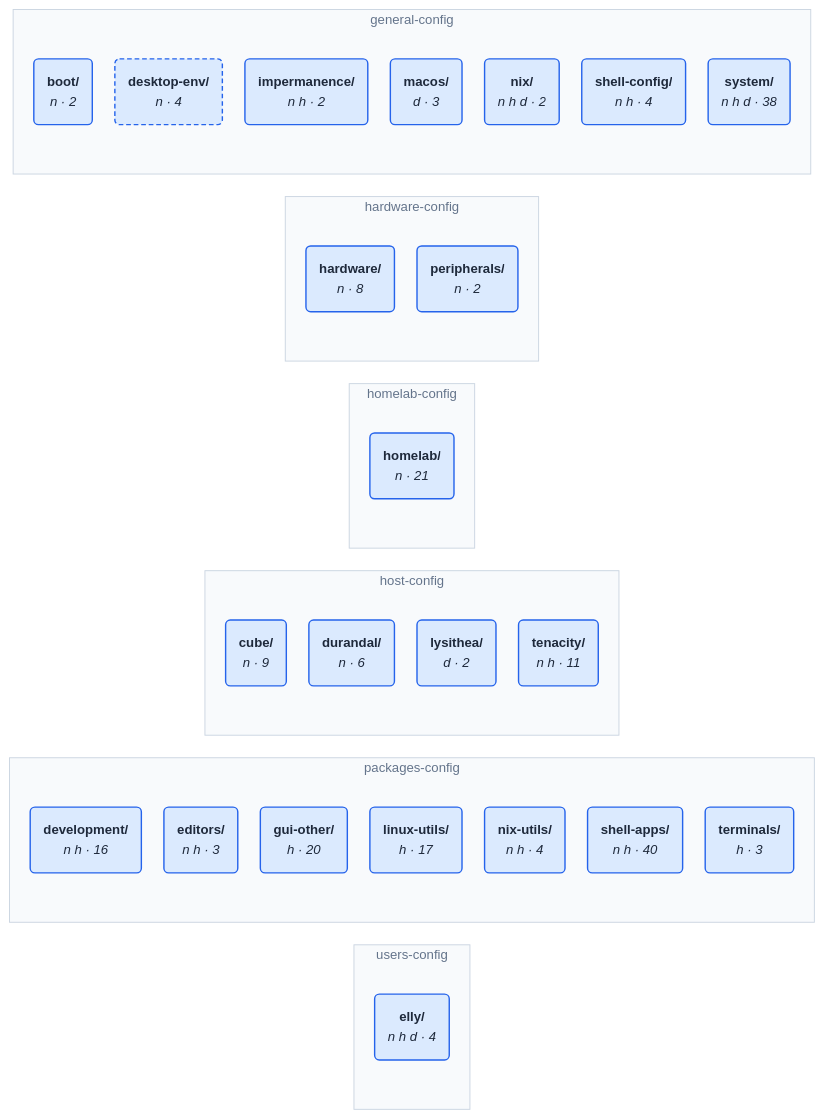
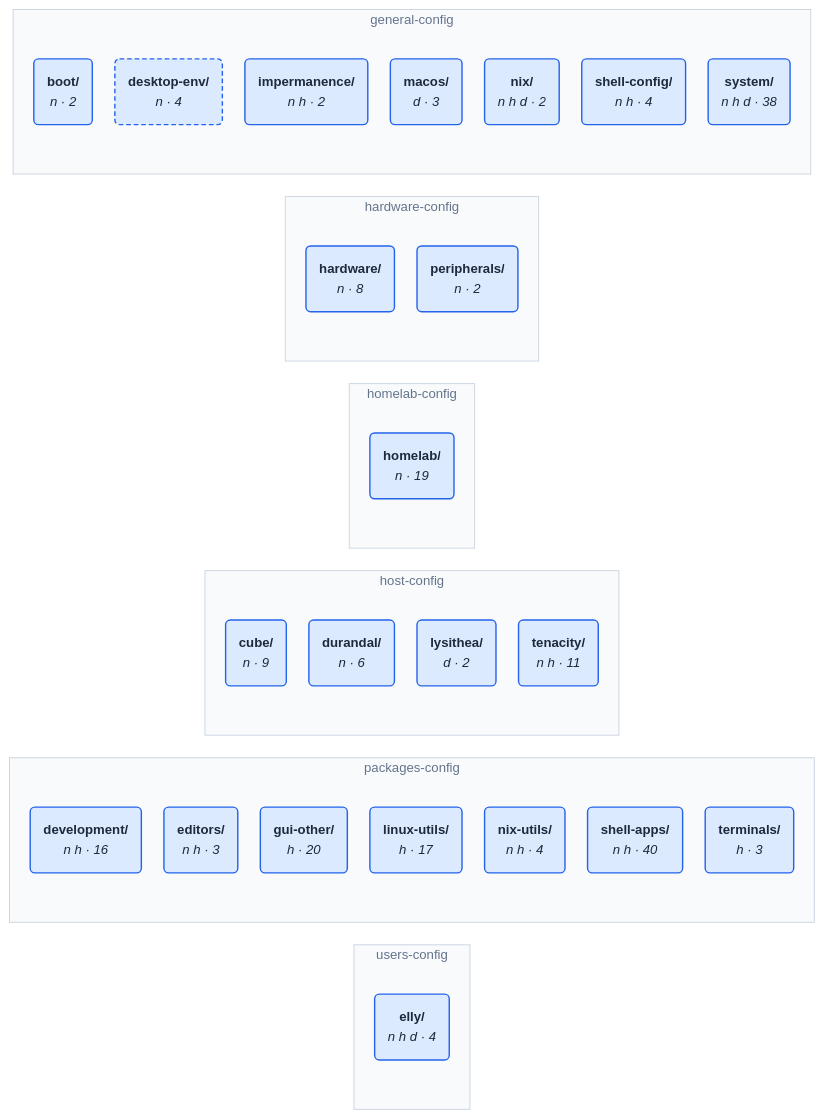
Before and after one commit to NireBryce/nixos-configs: the diagram in wiki/architecture.md, drawn with Mermaid. The commit also changed 21 other files, not shown here.

````diff
--- a/wiki/architecture.md
+++ b/wiki/architecture.md
@@ -98,54 +98,54 @@
 ```mermaid
 %%{init: {"theme": "base", "themeVariables": {"fontFamily": "ui-sans-serif, system-ui, sans-serif", "fontSize": "14px", "lineColor": "#94a3b8"}, "flowchart": {"curve": "basis", "nodeSpacing": 24, "rankSpacing": 80, "padding": 14}}}%%
 flowchart LR
     subgraph g0["users-config"]
         n27("<b>elly/</b><br/><i>n h d · 4</i>")
     end
     subgraph g1["packages-config"]
         n20("<b>development/</b><br/><i>n h · 16</i>")
         n21("<b>editors/</b><br/><i>n h · 3</i>")
         n22("<b>gui-other/</b><br/><i>h · 20</i>")
         n23("<b>linux-utils/</b><br/><i>h · 17</i>")
         n24("<b>nix-utils/</b><br/><i>n h · 4</i>")
         n25("<b>shell-apps/</b><br/><i>n h · 40</i>")
         n26("<b>terminals/</b><br/><i>h · 3</i>")
     end
     subgraph g2["host-config"]
         n16("<b>cube/</b><br/><i>n · 9</i>")
         n17("<b>durandal/</b><br/><i>n · 6</i>")
         n18("<b>lysithea/</b><br/><i>d · 2</i>")
         n19("<b>tenacity/</b><br/><i>n h · 11</i>")
     end
     subgraph g3["homelab-config"]
-        n15("<b>homelab/</b><br/><i>n · 21</i>")
+        n15("<b>homelab/</b><br/><i>n · 19</i>")
     end
     subgraph g4["hardware-config"]
         n13("<b>hardware/</b><br/><i>n · 8</i>")
         n14("<b>peripherals/</b><br/><i>n · 2</i>")
     end
     subgraph g5["general-config"]
         n6("<b>boot/</b><br/><i>n · 2</i>")
         n7("<b>desktop-env/</b><br/><i>n · 4</i>")
         n8("<b>impermanence/</b><br/><i>n h · 2</i>")
         n9("<b>macos/</b><br/><i>d · 3</i>")
         n10("<b>nix/</b><br/><i>n h d · 2</i>")
         n11("<b>shell-config/</b><br/><i>n h · 4</i>")
         n12("<b>system/</b><br/><i>n h d · 38</i>")
     end
     style g0 fill:#f8fafc,stroke:#cbd5e1,color:#64748b
     style g1 fill:#f8fafc,stroke:#cbd5e1,color:#64748b
     style g2 fill:#f8fafc,stroke:#cbd5e1,color:#64748b
     style g3 fill:#f8fafc,stroke:#cbd5e1,color:#64748b
     style g4 fill:#f8fafc,stroke:#cbd5e1,color:#64748b
     style g5 fill:#f8fafc,stroke:#cbd5e1,color:#64748b
     classDef area fill:#f8fafc,stroke:#cbd5e1,color:#1e293b,stroke-width:1.5px
     classDef category fill:#dbeafe,stroke:#2563eb,color:#1e293b,stroke-width:1.5px
     classDef folder fill:#f1f5f9,stroke:#94a3b8,color:#1e293b,stroke-width:1.5px
     classDef module fill:#ffffff,stroke:#94a3b8,color:#1e293b,stroke-width:1.5px
     classDef aggregate fill:#ffffff,stroke:#f59e0b,color:#1e293b,stroke-width:1.5px
     classDef missing fill:#fee2e2,stroke:#ef4444,color:#1e293b,stroke-width:1.5px
     classDef orphan fill:#fff1f2,stroke:#e11d48,color:#1e293b,stroke-width:2.5px
     classDef bymodule stroke-dasharray:5 3
     class n6,n7,n8,n9,n10,n11,n12,n13,n14,n15,n16,n17,n18,n19,n20,n21,n22,n23,n24,n25,n26,n27 category
     class n7 bymodule
 ```
````
